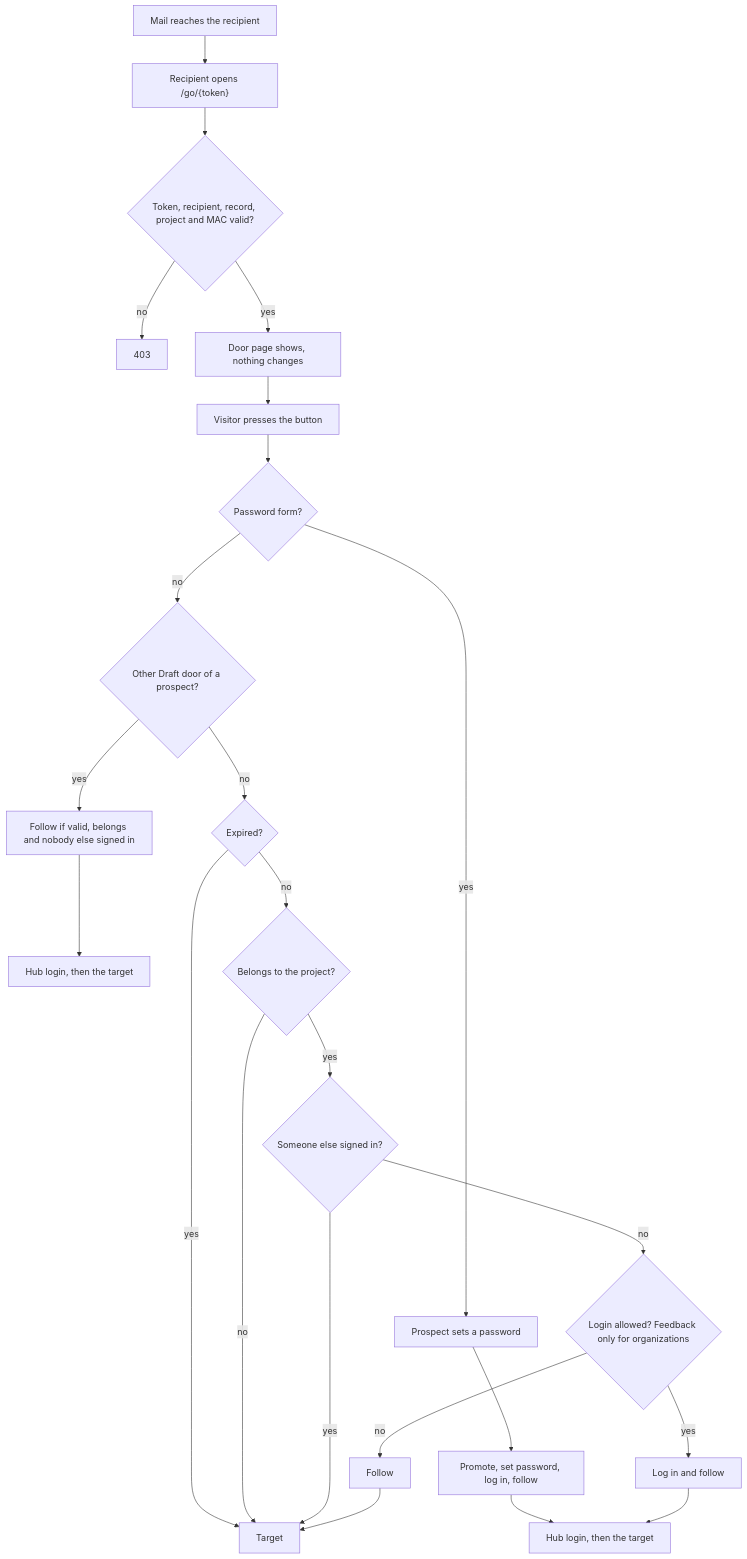
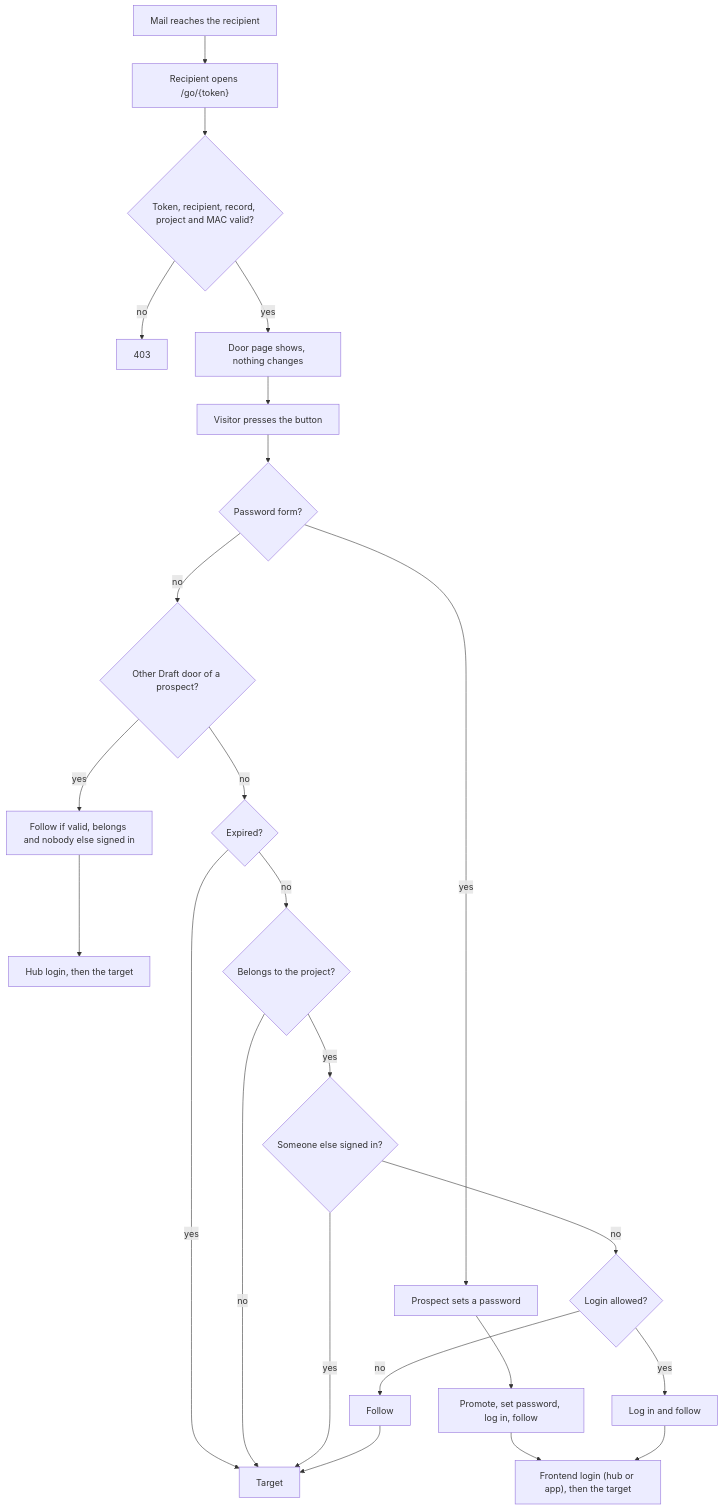
The diagram in web/modules/custom/mailer/door/README.md (youvo/backend), drawn with Mermaid before and after one commit. The commit also changed other lines of this file and 11 other files, not shown here.

Commit message:
Lead creative feedback doors into the app

````diff
--- a/web/modules/custom/mailer/door/README.md
+++ b/web/modules/custom/mailer/door/README.md
@@ -18,26 +18,26 @@
 ```mermaid
 flowchart TD
     mail[Mail reaches the recipient] --> open["Recipient opens /go/{token}"]
     open --> checks{"Token, recipient, record, project and MAC valid?"}
     checks -- no --> denied[403]
     checks -- yes --> page[Door page shows, nothing changes]
     page --> press[Visitor presses the button]
     press --> password{Password form?}
     password -- yes --> form[Prospect sets a password]
     form --> promote[Promote, set password, log in, follow]
-    promote --> hub[Hub login, then the target]
+    promote --> frontendLogin["Frontend login (hub or app), then the target"]
     password -- no --> spent{"Other Draft door of a prospect?"}
     spent -- yes --> spentFollow[Follow if valid, belongs and nobody else signed in]
     spentFollow --> hubLogin[Hub login, then the target]
     spent -- no --> expired{Expired?}
     expired -- yes --> target[Target]
     expired -- no --> belongs{Belongs to the project?}
     belongs -- no --> target
     belongs -- yes --> other{Someone else signed in?}
     other -- yes --> target
-    other -- no --> login{"Login allowed? Feedback only for organizations"}
+    other -- no --> login{"Login allowed?"}
     login -- yes --> loginFollow[Log in and follow]
-    loginFollow --> hub
+    loginFollow --> frontendLogin
     login -- no --> follow[Follow]
     follow --> target
 ```
````
